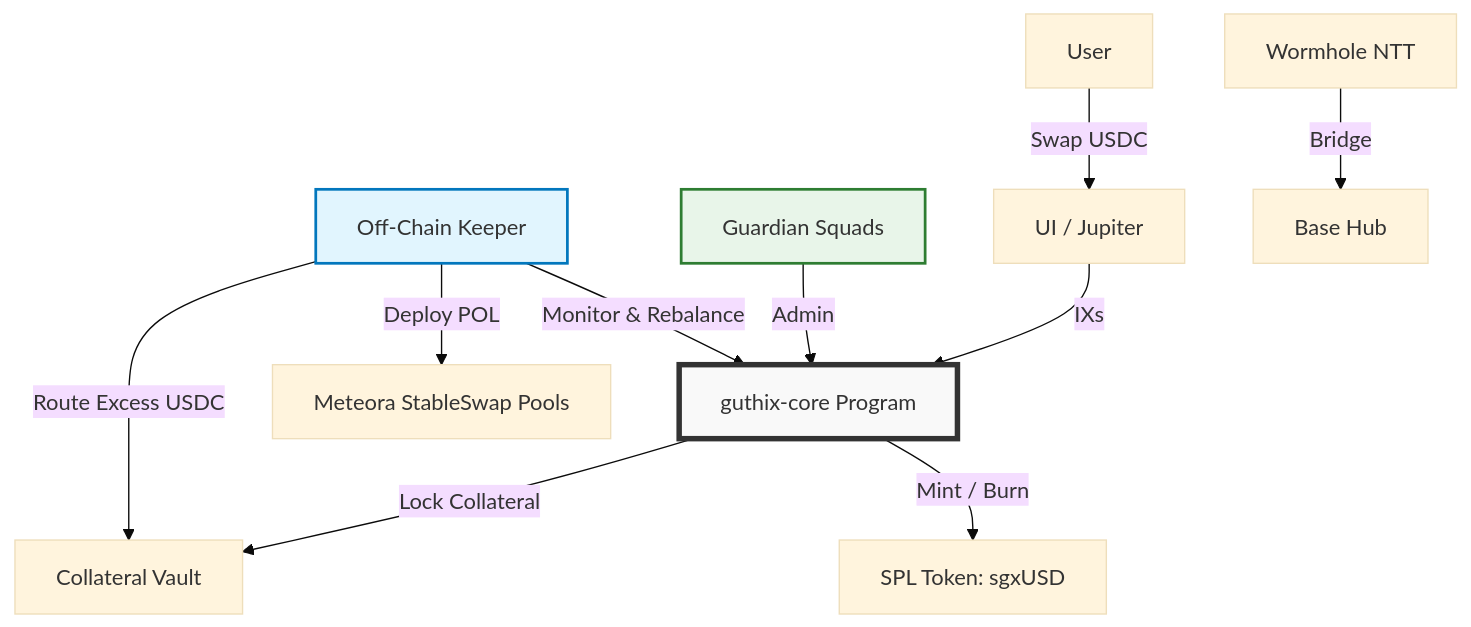
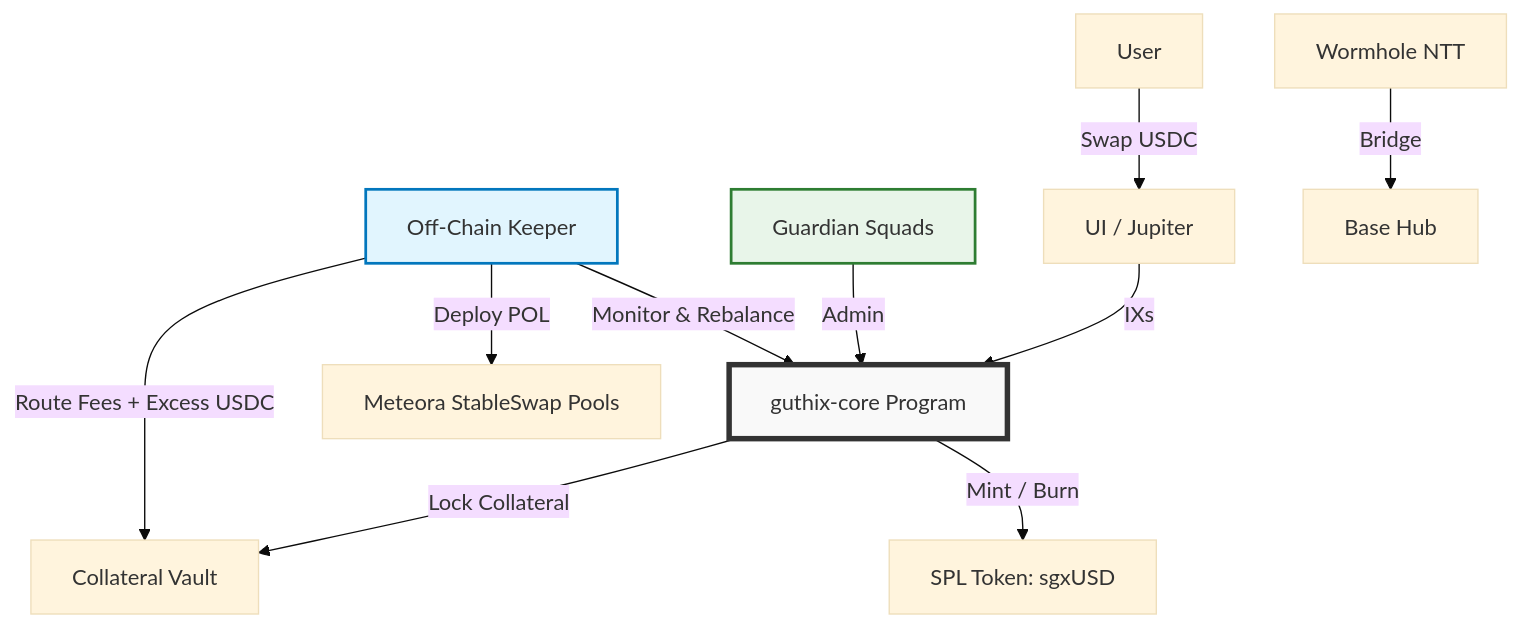
Before and after one commit to RedactedBuilder/guthix: the diagram in litepaper.md, drawn with Mermaid (base theme). The commit also changed other lines of this file, not shown here.

````diff
--- a/litepaper.md
+++ b/litepaper.md
@@ -64,19 +67,19 @@
 ```mermaid
 graph TD
     User[User] -->|Swap USDC| Interface[UI / Jupiter]
     Interface -->|IXs| Core[guthix-core Program]
 
     Core -->|Lock Collateral| Vault[Collateral Vault]
     Core -->|Mint / Burn| Token[SPL Token: sgxUSD]
 
     Guardian[Guardian Squads] -->|Admin| Core
     Keeper[Off-Chain Keeper] -->|Monitor & Rebalance| Core
     Keeper -->|Deploy POL| Meteora[Meteora StableSwap Pools]
-    Keeper -->|Route Excess USDC| Vault
+    Keeper -->|Route Fees + Excess USDC| Vault
 
     Wormhole[Wormhole NTT] -->|Bridge| Base[Base Hub]
 
     style Core fill:#f9f9f9,stroke:#333,stroke-width:4px
     style Keeper fill:#e1f5fe,stroke:#0277bd,stroke-width:2px
     style Guardian fill:#e8f5e9,stroke:#2e7d32,stroke-width:2px
 ```
````
